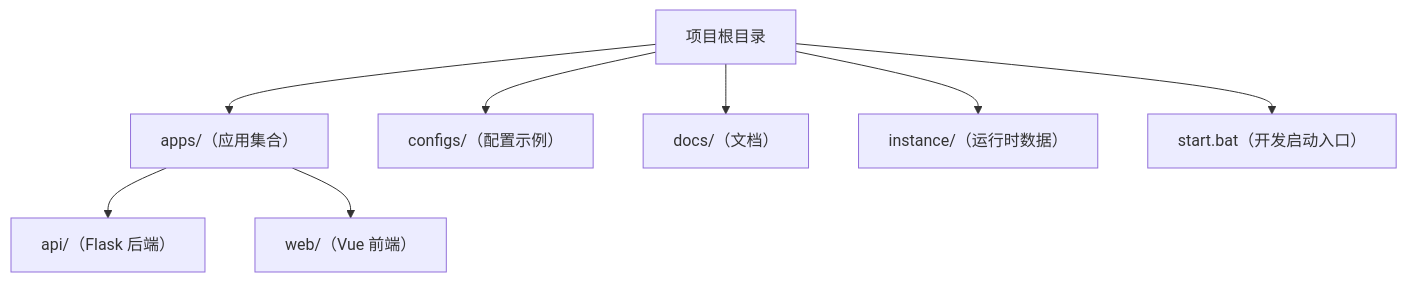
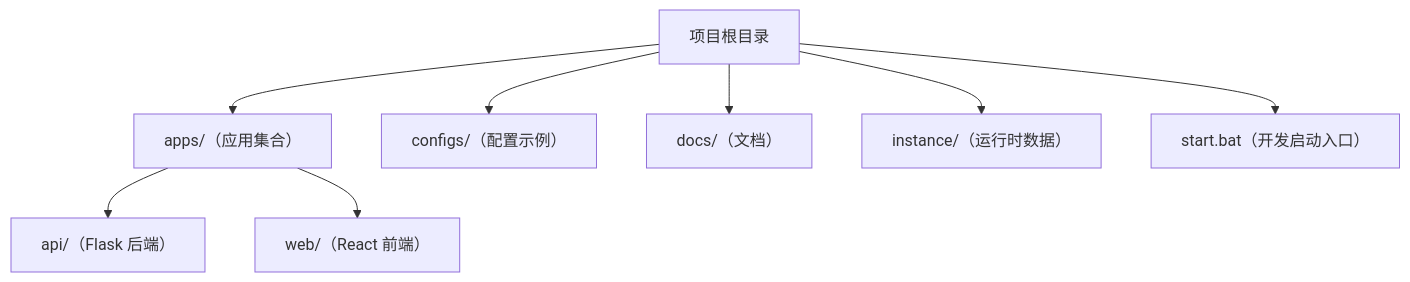
One commit to CaoBiang/Manga-ULM changed the diagram in docs/design/project-structure.md. Above: the diagram before and after it, drawn with Mermaid. The commit also changed other lines of this file and 126 other files, not shown here.

````diff
--- a/docs/design/project-structure.md
+++ b/docs/design/project-structure.md
@@ -47,11 +49,11 @@
 ```mermaid
 graph TD
   ROOT["项目根目录"] --> APPS["apps/（应用集合）"]
   ROOT["项目根目录"] --> CONFIGS["configs/（配置示例）"]
   ROOT["项目根目录"] --> DOCS["docs/（文档）"]
   ROOT["项目根目录"] --> INSTANCE["instance/（运行时数据）"]
   ROOT["项目根目录"] --> START["start.bat（开发启动入口）"]
 
   APPS["apps/（应用集合）"] --> API["api/（Flask 后端）"]
-  APPS["apps/（应用集合）"] --> WEB["web/（Vue 前端）"]
+  APPS["apps/（应用集合）"] --> WEB["web/（React 前端）"]
 ```
````
